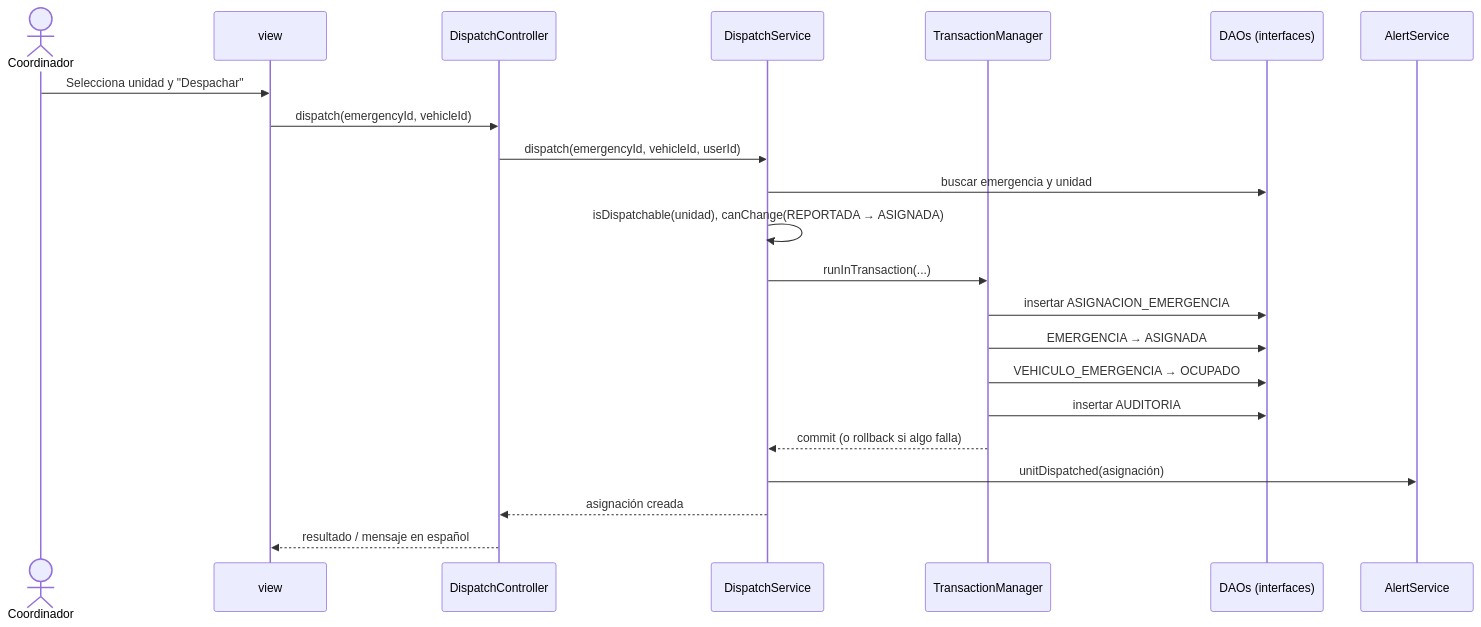
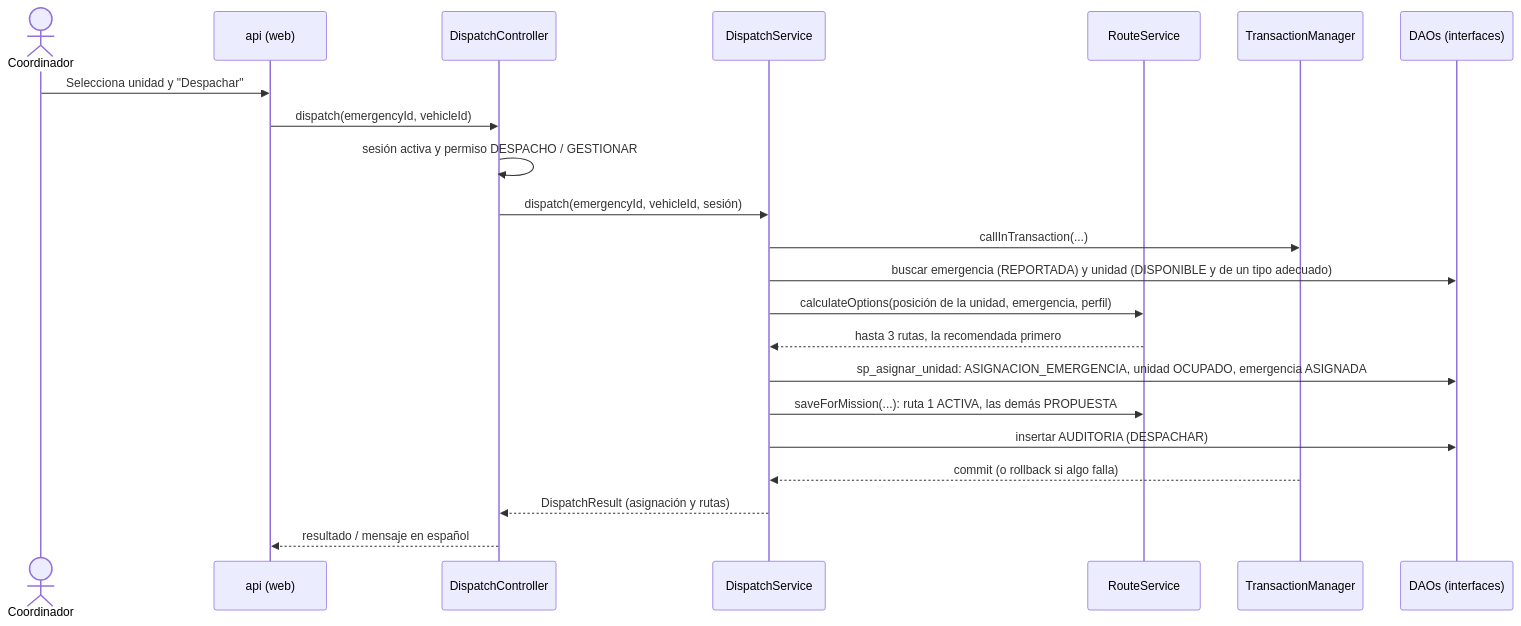
Before and after one commit to afzabaleta/RutaVida: the second of 2 diagrams in docs/arquitectura-software.md, drawn with Mermaid. The commit also changed other lines of this file and 2 other files, not shown here.

Commit message:
docs: document-dispatch

````diff
--- a/docs/arquitectura-software.md
+++ b/docs/arquitectura-software.md
@@ -91,25 +91,25 @@
 ```mermaid
 sequenceDiagram
     actor Op as Coordinador
-    participant V as view
+    participant V as api (web)
     participant C as DispatchController
     participant S as DispatchService
+    participant R as RouteService
     participant T as TransactionManager
     participant D as DAOs (interfaces)
-    participant A as AlertService
 
     Op->>V: Selecciona unidad y "Despachar"
     V->>C: dispatch(emergencyId, vehicleId)
-    C->>S: dispatch(emergencyId, vehicleId, userId)
-    S->>D: buscar emergencia y unidad
-    S->>S: isDispatchable(unidad), canChange(REPORTADA → ASIGNADA)
-    S->>T: runInTransaction(...)
-    T->>D: insertar ASIGNACION_EMERGENCIA
-    T->>D: EMERGENCIA → ASIGNADA
-    T->>D: VEHICULO_EMERGENCIA → OCUPADO
-    T->>D: insertar AUDITORIA
+    C->>C: sesión activa y permiso DESPACHO / GESTIONAR
+    C->>S: dispatch(emergencyId, vehicleId, sesión)
+    S->>T: callInTransaction(...)
+    S->>D: buscar emergencia (REPORTADA) y unidad (DISPONIBLE y de un tipo adecuado)
+    S->>R: calculateOptions(posición de la unidad, emergencia, perfil)
+    R-->>S: hasta 3 rutas, la recomendada primero
+    S->>D: sp_asignar_unidad: ASIGNACION_EMERGENCIA, unidad OCUPADO, emergencia ASIGNADA
+    S->>R: saveForMission(...): ruta 1 ACTIVA, las demás PROPUESTA
+    S->>D: insertar AUDITORIA (DESPACHAR)
     T-->>S: commit (o rollback si algo falla)
-    S->>A: unitDispatched(asignación)
-    S-->>C: asignación creada
+    S-->>C: DispatchResult (asignación y rutas)
     C-->>V: resultado / mensaje en español
 ```
````
